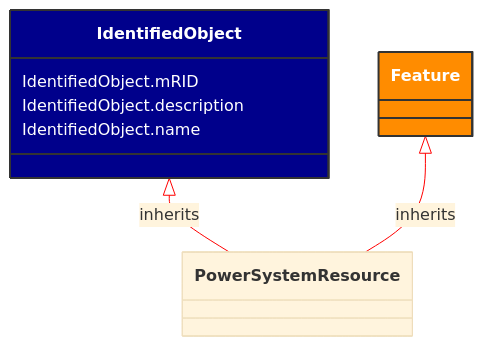
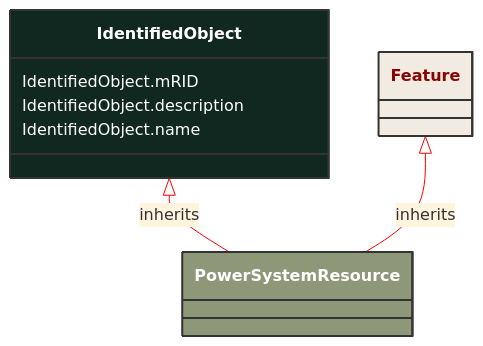
One commit to 3lbits/NoCIMExtensions changed the diagram in docs/Models/Profiles/AviationObstacle/AbstractClasses/IdentifiedObject.md. Above: the diagram before and after it, drawn with Mermaid. The commit also changed 190 other files, not shown here.

````diff
--- a/docs/Models/Profiles/AviationObstacle/AbstractClasses/IdentifiedObject.md
+++ b/docs/Models/Profiles/AviationObstacle/AbstractClasses/IdentifiedObject.md
@@ -10,25 +10,23 @@
 ```mermaid
 %%{init: {'theme':'base','themeVariables': {'lineColor': '#FF0000'}}}%%
 classDiagram
     class IdentifiedObject
     click IdentifiedObject href "/Models/Profiles/AviationObstacle/AbstractClasses/IdentifiedObject/"
-    style IdentifiedObject fill:#006400,stroke:#333,stroke-width:2px,rx:10,ry:10,color:white
+    style IdentifiedObject fill:#102820,stroke:#333,stroke-width:2px,rx:10,ry:10,color:white
 
         IdentifiedObject <|-- PowerSystemResource : inherits
-            click IdentifiedObject href "/Models/Profiles/AviationObstacle/AbstractClasses/IdentifiedObject/"
-            style IdentifiedObject fill:#00008B,stroke:#333,stroke-width:2px,rx:10,ry:10,color:white
 
         PowerSystemResource
             click PowerSystemResource href "/Models/Profiles/AviationObstacle/AbstractClasses/PowerSystemResource/"
-            style IdentifiedObject fill:#00008B,stroke:#333,stroke-width:2px,rx:10,ry:10,color:white
+            style PowerSystemResource fill:#8F9779,stroke:#333,stroke-width:2px,rx:10,ry:10,color:white
 
         Feature <|-- PowerSystemResource : inherits
             click Feature href "/Models/Profiles/AviationObstacle/ConcreteClasses/Feature/"
-            style Feature fill:#FF8C00,stroke:#333,stroke-width:2px,rx:10,ry:10,color:white
+            style Feature fill:#F2EBE2,stroke:#333,stroke-width:2px,rx:10,ry:10,color:#8A0303
 
 
 
         IdentifiedObject : IdentifiedObject.mRID
         IdentifiedObject : IdentifiedObject.description
         IdentifiedObject : IdentifiedObject.name
 ```
````
